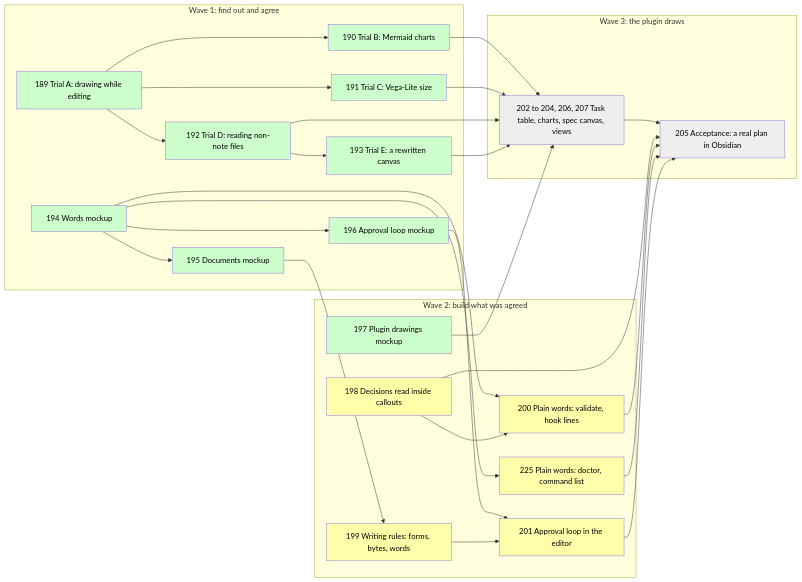
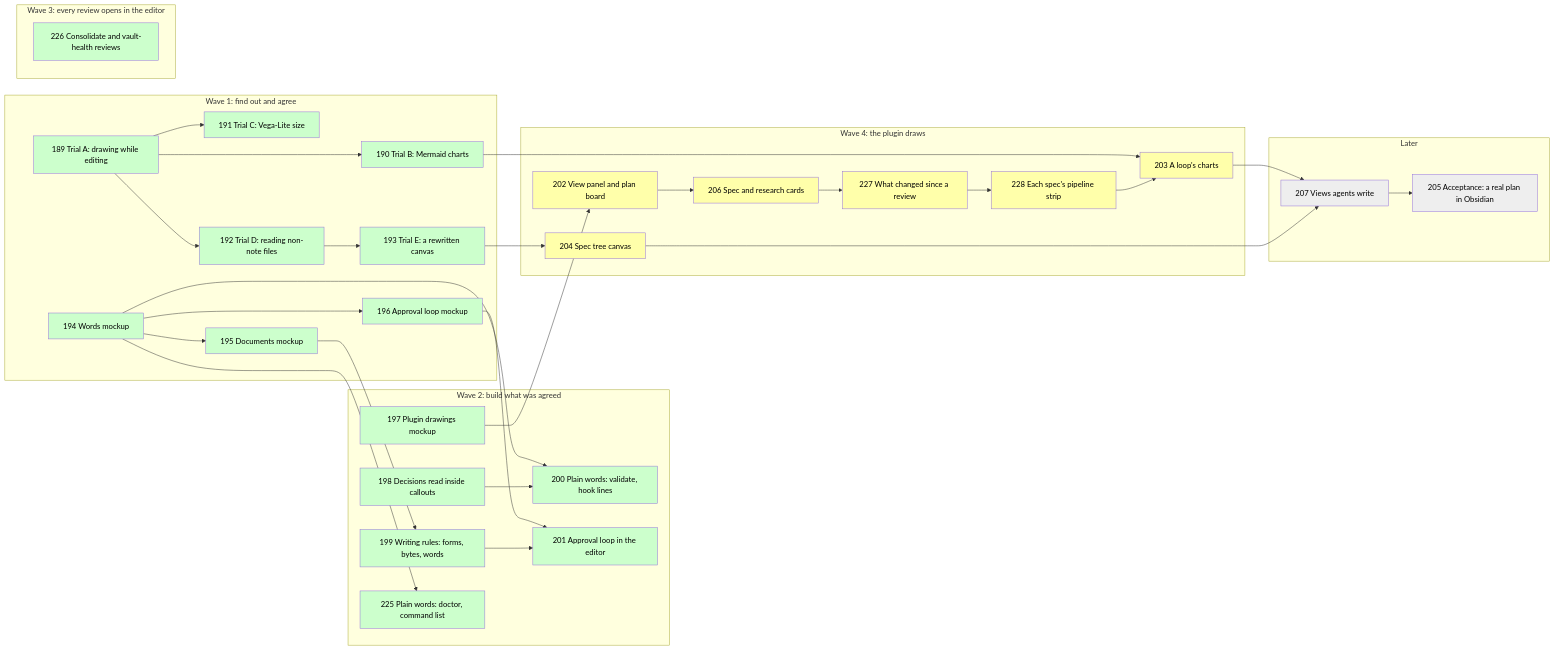
The diagram in .compass/plans/PLAN-024-working-in-compass-is-visual.md (hodor/claude-compass), drawn with Mermaid before and after one commit. The commit also changed other lines of this file and 1 other file, not shown here.

First line of the commit message:
PLAN-024 Wave 4 detailed: the plugin draws plan, spec, research, changes, pipeline and loop views; compass canvas writes the spec tree

````diff
--- a/.compass/plans/PLAN-024-working-in-compass-is-visual.md
+++ b/.compass/plans/PLAN-024-working-in-compass-is-visual.md
@@ -26,36 +33,50 @@
 ```mermaid
 flowchart LR
   subgraph W1["Wave 1: find out and agree"]
     T189["189 Trial A: drawing while editing"]:::done
     T190["190 Trial B: Mermaid charts"]:::done
     T191["191 Trial C: Vega-Lite size"]:::done
     T192["192 Trial D: reading non-note files"]:::done
     T193["193 Trial E: a rewritten canvas"]:::done
     T194["194 Words mockup"]:::done
     T195["195 Documents mockup"]:::done
     T196["196 Approval loop mockup"]:::done
   end
   subgraph W2["Wave 2: build what was agreed"]
     T197["197 Plugin drawings mockup"]:::done
-    T198["198 Decisions read inside callouts"]:::open
-    T199["199 Writing rules: forms, bytes, words"]:::open
-    T200["200 Plain words: validate, hook lines"]:::open
-    T225["225 Plain words: doctor, command list"]:::open
-    T201["201 Approval loop in the editor"]:::open
+    T198["198 Decisions read inside callouts"]:::done
+    T199["199 Writing rules: forms, bytes, words"]:::done
+    T200["200 Plain words: validate, hook lines"]:::done
+    T225["225 Plain words: doctor, command list"]:::done
+    T201["201 Approval loop in the editor"]:::done
   end
-  subgraph W3["Wave 3: the plugin draws"]
-    V["202 to 204, 206, 207 Task table, charts, spec canvas, views"]:::later
+  subgraph W3["Wave 3: every review opens in the editor"]
+    T226["226 Consolidate and vault-health reviews"]:::done
+  end
+  subgraph W4["Wave 4: the plugin draws"]
+    T202["202 View panel and plan board"]:::open
+    T206["206 Spec and research cards"]:::open
+    T227["227 What changed since a review"]:::open
+    T228["228 Each spec's pipeline strip"]:::open
+    T203["203 A loop's charts"]:::open
+    T204["204 Spec tree canvas"]:::open
+  end
+  subgraph L["Later"]
+    T207["207 Views agents write"]:::later
     A["205 Acceptance: a real plan in Obsidian"]:::later
   end
   T189 --> T190 & T191 & T192
   T192 --> T193
   T194 --> T195 & T196 & T200 & T225
-  T190 & T191 & T192 & T193 & T197 --> V
+  T190 --> T203
+  T193 --> T204
+  T197 --> T202
   T195 --> T199
   T198 --> T200
   T196 & T199 --> T201
-  V & T198 & T200 & T225 & T201 --> A
+  T202 --> T206 --> T227 --> T228 --> T203
+  T203 & T204 --> T207 --> A
   classDef done fill:#cfc,color:#000
   classDef open fill:#ffa,color:#000
   classDef later fill:#eee,color:#000
 ```
````
